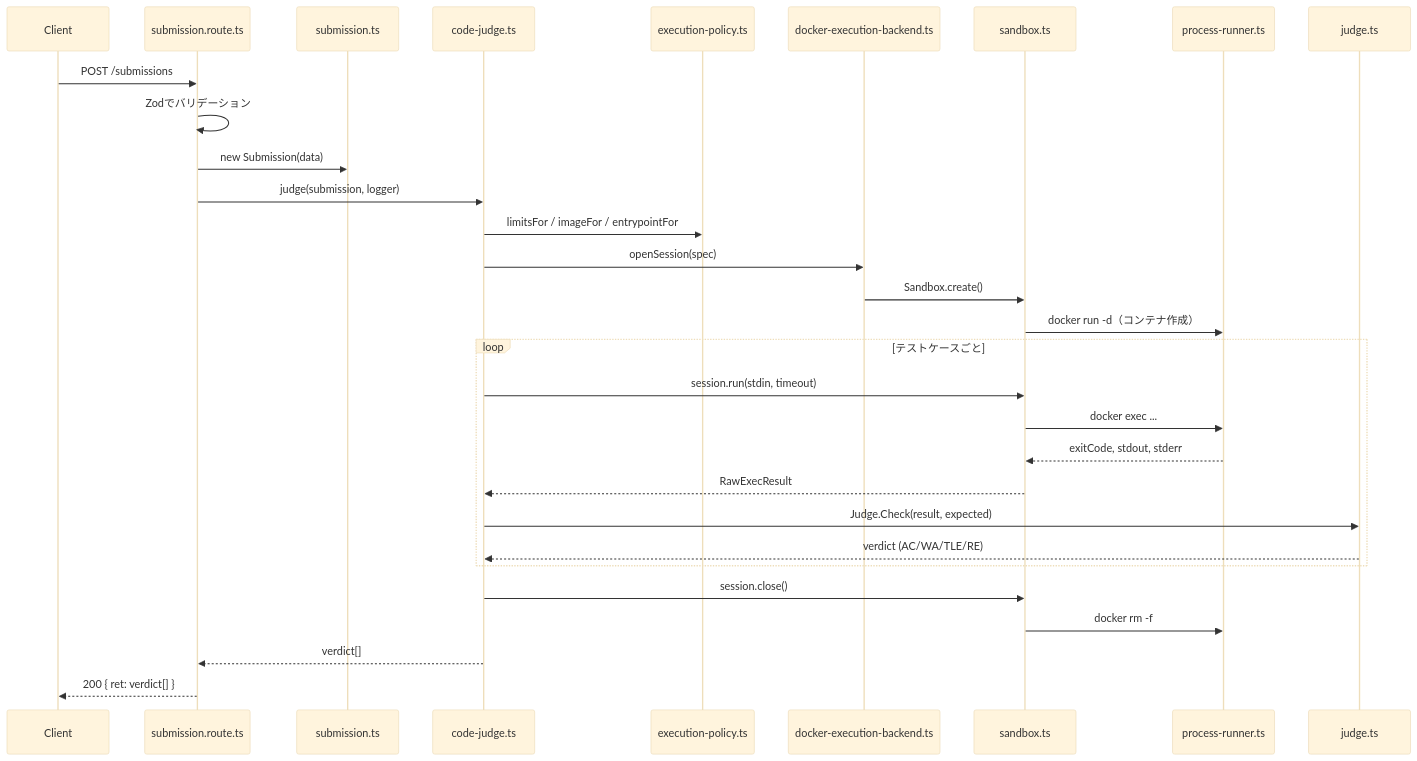
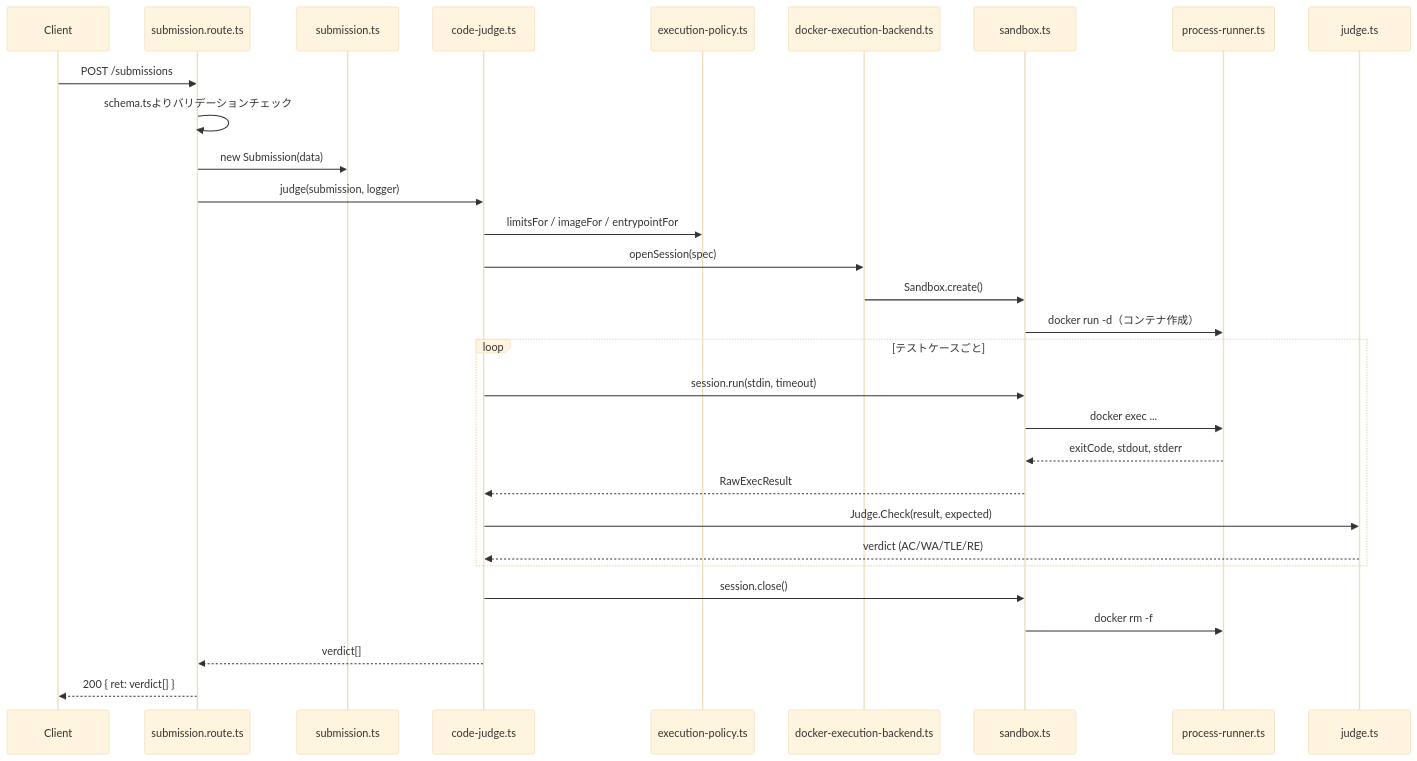
The second of 4 diagrams in src/README.md (shouk12345/Web-Code-Runner), drawn with Mermaid (base theme) before and after one commit. The commit also changed other lines of this file and 3 other files, not shown here.

````diff
--- a/src/README.md
+++ b/src/README.md
@@ -61,33 +62,33 @@
 ```mermaid
 sequenceDiagram
     participant Client
     participant Route as submission.route.ts
     participant Sub as submission.ts
     participant CJ as code-judge.ts
     participant Policy as execution-policy.ts
     participant Backend as docker-execution-backend.ts
     participant Sandbox as sandbox.ts
     participant Runner as process-runner.ts
     participant Judge as judge.ts
  
     Client->>Route: POST /submissions
-    Route->>Route: Zodでバリデーション
+    Route->>Route: schema.tsよりバリデーションチェック
     Route->>Sub: new Submission(data)
     Route->>CJ: judge(submission, logger)
     CJ->>Policy: limitsFor / imageFor / entrypointFor
     CJ->>Backend: openSession(spec)
     Backend->>Sandbox: Sandbox.create()
     Sandbox->>Runner: docker run -d（コンテナ作成）
     loop テストケースごと
         CJ->>Sandbox: session.run(stdin, timeout)
         Sandbox->>Runner: docker exec ...
         Runner-->>Sandbox: exitCode, stdout, stderr
         Sandbox-->>CJ: RawExecResult
         CJ->>Judge: Judge.Check(result, expected)
         Judge-->>CJ: verdict (AC/WA/TLE/RE)
     end
     CJ->>Sandbox: session.close()
     Sandbox->>Runner: docker rm -f
     CJ-->>Route: verdict[]
     Route-->>Client: 200 { ret: verdict[] }
 ```
````
